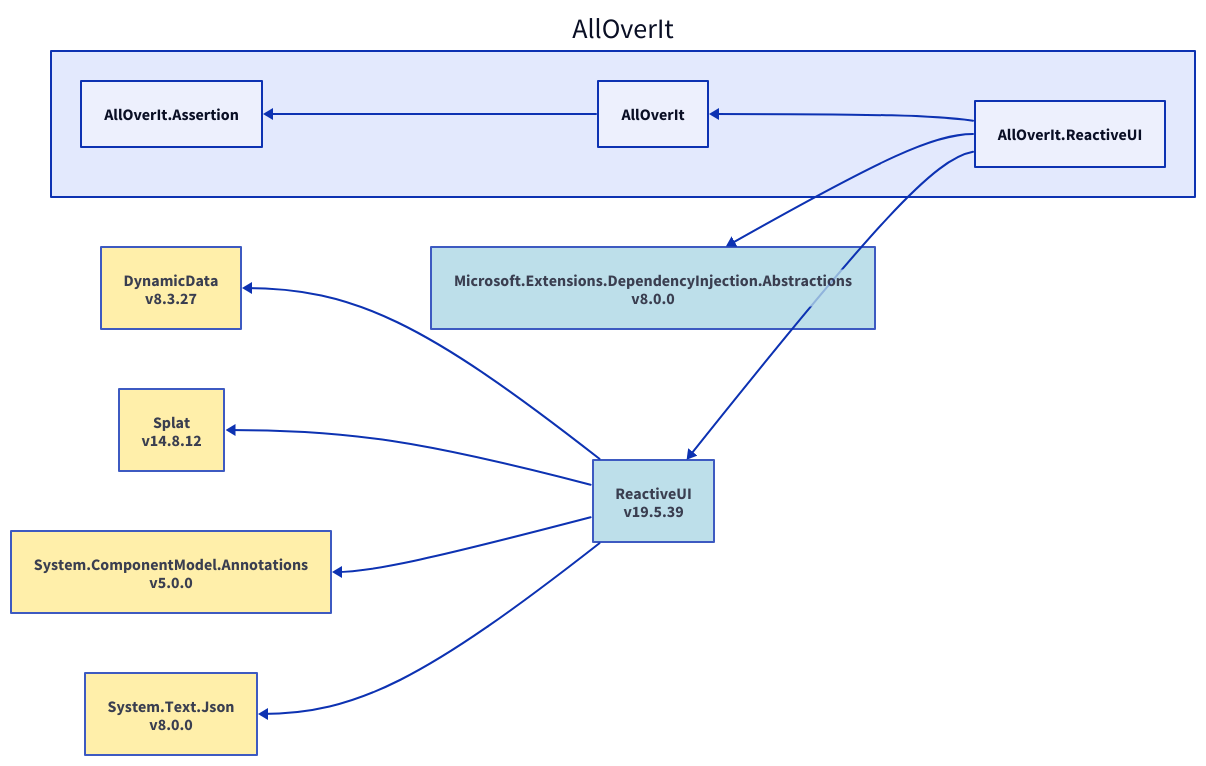
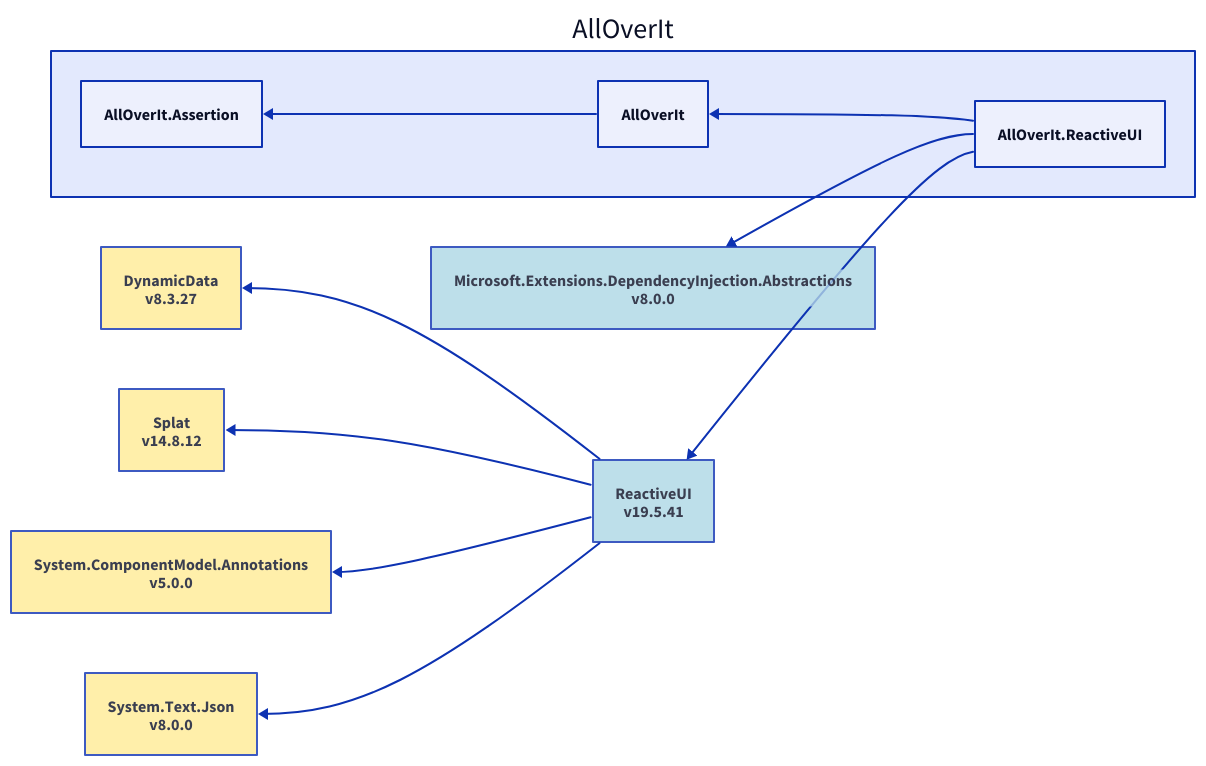
The diagram in Docs/Reference/Content/images/dependencies/net8.0/alloverit-reactiveui.d2 (mjfreelancing/AllOverIt), drawn with D2 before and after one commit. The commit also changed 144 other files, not shown here.

```diff
--- a/Docs/Reference/Content/images/dependencies/net8.0/alloverit-reactiveui.d2
+++ b/Docs/Reference/Content/images/dependencies/net8.0/alloverit-reactiveui.d2
@@ -1,32 +1,32 @@
 direction: left
 
 aoi: AllOverIt
 aoi.alloverit-reactiveui: AllOverIt.ReactiveUI
 microsoft-extensions-dependencyinjection-abstractions_8-0-0: Microsoft.Extensions.DependencyInjection.Abstractions\nv8.0.0
 microsoft-extensions-dependencyinjection-abstractions_8-0-0.style.fill: "#ADD8E6"
 microsoft-extensions-dependencyinjection-abstractions_8-0-0.style.opacity: 0.8
 microsoft-extensions-dependencyinjection-abstractions_8-0-0 <- aoi.alloverit-reactiveui
-reactiveui_19-5-39: ReactiveUI\nv19.5.39
-reactiveui_19-5-39.style.fill: "#ADD8E6"
-reactiveui_19-5-39.style.opacity: 0.8
+reactiveui_19-5-41: ReactiveUI\nv19.5.41
+reactiveui_19-5-41.style.fill: "#ADD8E6"
+reactiveui_19-5-41.style.opacity: 0.8
 dynamicdata_8-3-27: DynamicData\nv8.3.27
 dynamicdata_8-3-27.style.fill: "#FFEC96"
 dynamicdata_8-3-27.style.opacity: 0.8
-dynamicdata_8-3-27 <- reactiveui_19-5-39
+dynamicdata_8-3-27 <- reactiveui_19-5-41
 splat_14-8-12: Splat\nv14.8.12
 splat_14-8-12.style.fill: "#FFEC96"
 splat_14-8-12.style.opacity: 0.8
-splat_14-8-12 <- reactiveui_19-5-39
+splat_14-8-12 <- reactiveui_19-5-41
 system-componentmodel-annotations_5-0-0: System.ComponentModel.Annotations\nv5.0.0
 system-componentmodel-annotations_5-0-0.style.fill: "#FFEC96"
 system-componentmodel-annotations_5-0-0.style.opacity: 0.8
-system-componentmodel-annotations_5-0-0 <- reactiveui_19-5-39
+system-componentmodel-annotations_5-0-0 <- reactiveui_19-5-41
 system-text-json_8-0-0: System.Text.Json\nv8.0.0
 system-text-json_8-0-0.style.fill: "#FFEC96"
 system-text-json_8-0-0.style.opacity: 0.8
-system-text-json_8-0-0 <- reactiveui_19-5-39
-reactiveui_19-5-39 <- aoi.alloverit-reactiveui
+system-text-json_8-0-0 <- reactiveui_19-5-41
+reactiveui_19-5-41 <- aoi.alloverit-reactiveui
 aoi.alloverit: AllOverIt
 aoi.alloverit-assertion: AllOverIt.Assertion
 aoi.alloverit-assertion <- aoi.alloverit
 aoi.alloverit <- aoi.alloverit-reactiveui
```
